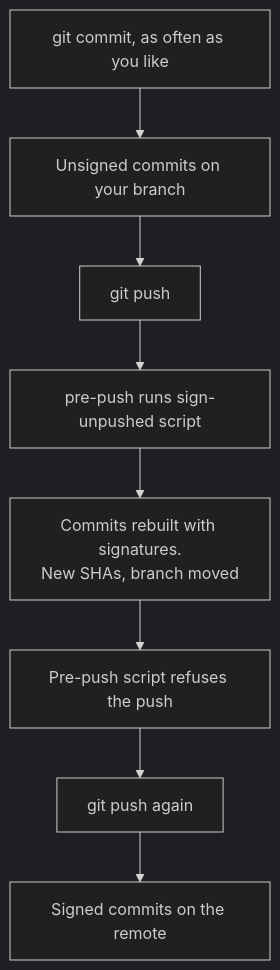
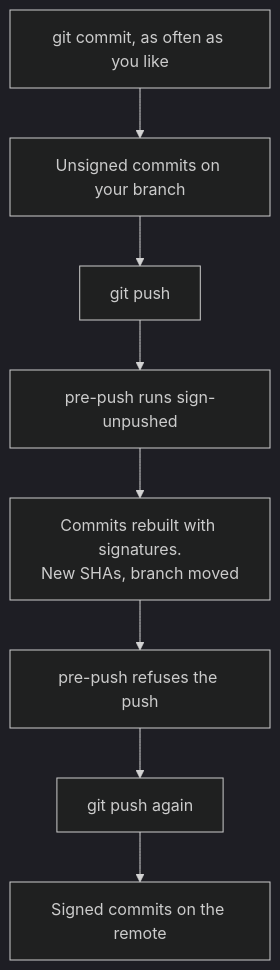
One commit to stevenrombauts/git-sign-on-push changed the diagram in README.md. Above: the diagram before and after it, drawn with Mermaid (dark theme). The commit also changed other lines of this file, not shown here.

````diff
--- a/README.md
+++ b/README.md
@@ -13,10 +13,10 @@
 ```mermaid
 flowchart TD
     A["git commit, as often as you like"] --> B["Unsigned commits on your branch"]
     B --> C["git push"]
-    C --> D["pre-push runs sign-unpushed script"]
+    C --> D["pre-push runs sign-unpushed"]
     D --> E["Commits rebuilt with signatures.<br/>New SHAs, branch moved"]
-    E --> F["Pre-push script refuses the push"]
+    E --> F["pre-push refuses the push"]
     F --> G["git push again"]
     G --> H["Signed commits on the remote"]
 ```
````
